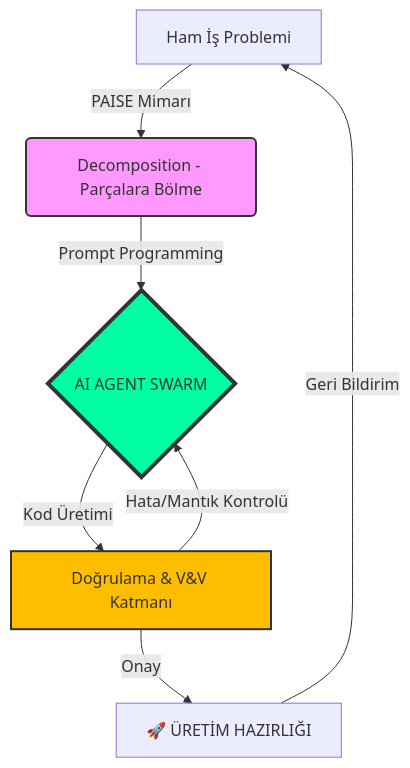
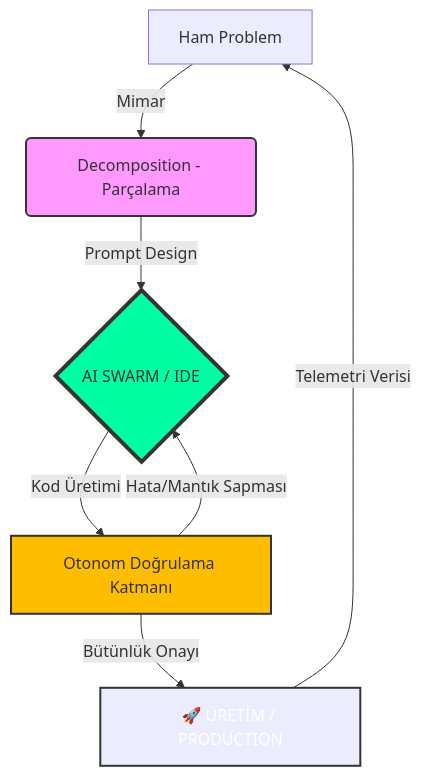
Before and after one commit to arch-yunus/post-ai-swe: the diagram in README.md, drawn with Mermaid. The commit also changed other lines of this file, not shown here.

Commit message:
docs: expand README into the definitive PAISE curriculum authority v4.2.0

````diff
--- a/README.md
+++ b/README.md
@@ -84,12 +99,13 @@
 ```mermaid
 graph TD
-    A[Ham İş Problemi] -->|PAISE Mimarı| B(Decomposition - Parçalara Bölme)
-    B -->|Prompt Programming| C{AI AGENT SWARM}
-    C -->|Kod Üretimi| D[Doğrulama & V&V Katmanı]
-    D -->|Hata/Mantık Kontrolü| C
-    D -->|Onay| E[🚀 ÜRETİM HAZIRLIĞI]
-    E -->|Geri Bildirim| A
+    A[Ham Problem] -->|Mimar| B(Decomposition - Parçalama)
+    B -->|Prompt Design| C{AI SWARM / IDE}
+    C -->|Kod Üretimi| D[Otonom Doğrulama Katmanı]
+    D -->|Hata/Mantık Sapması| C
+    D -->|Bütünlük Onayı| E[🚀 ÜRETİM / PRODUCTION]
+    E -->|Telemetri Verisi| A
     style B fill:#f9f,stroke:#333,stroke-width:2px
     style C fill:#00FFA3,stroke:#333,stroke-width:4px
     style D fill:#FFBD00,stroke:#333,stroke-width:2px
+    style E fill:#blueviolet,color:#fff,stroke:#333,stroke-width:2px
 ```
````
